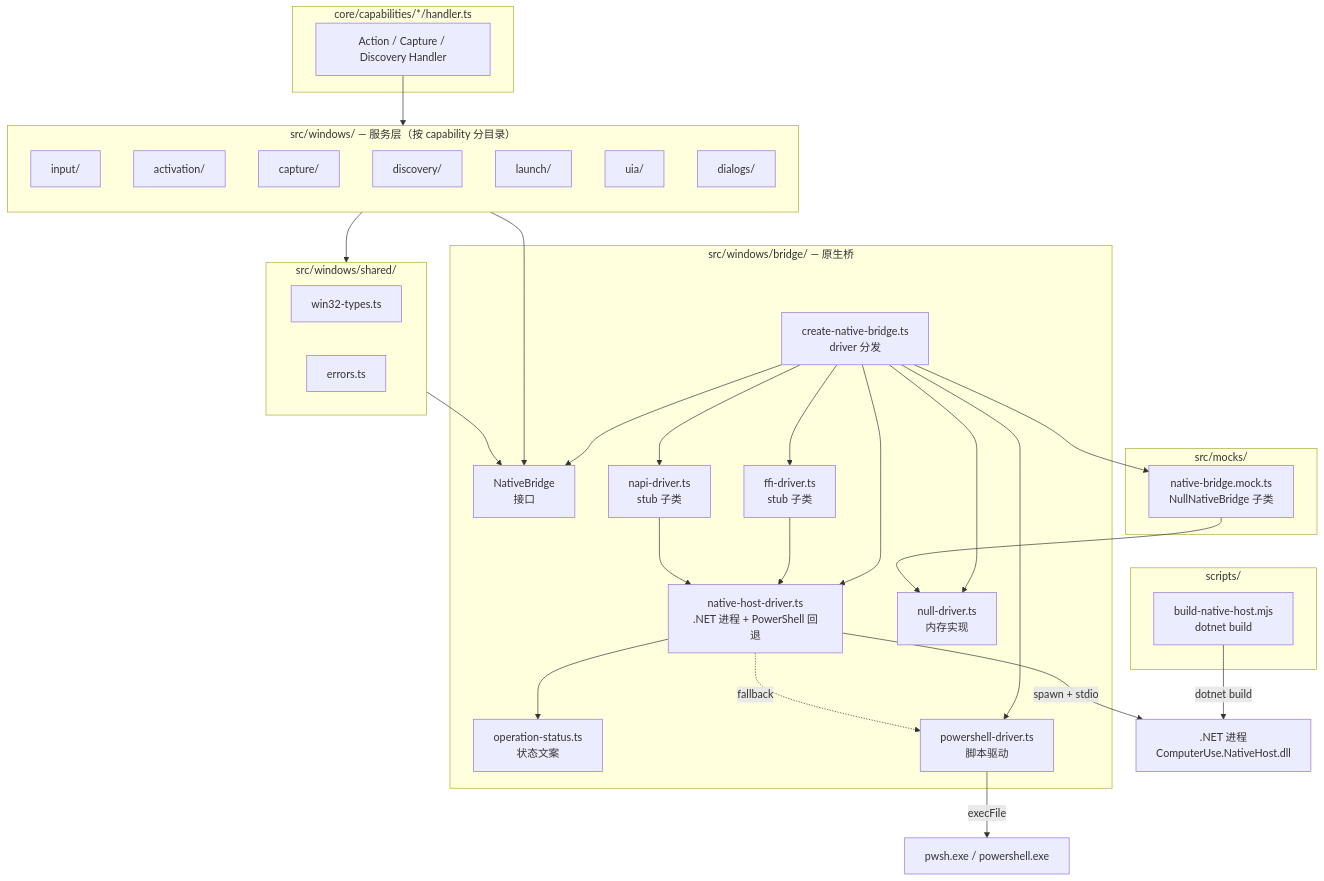
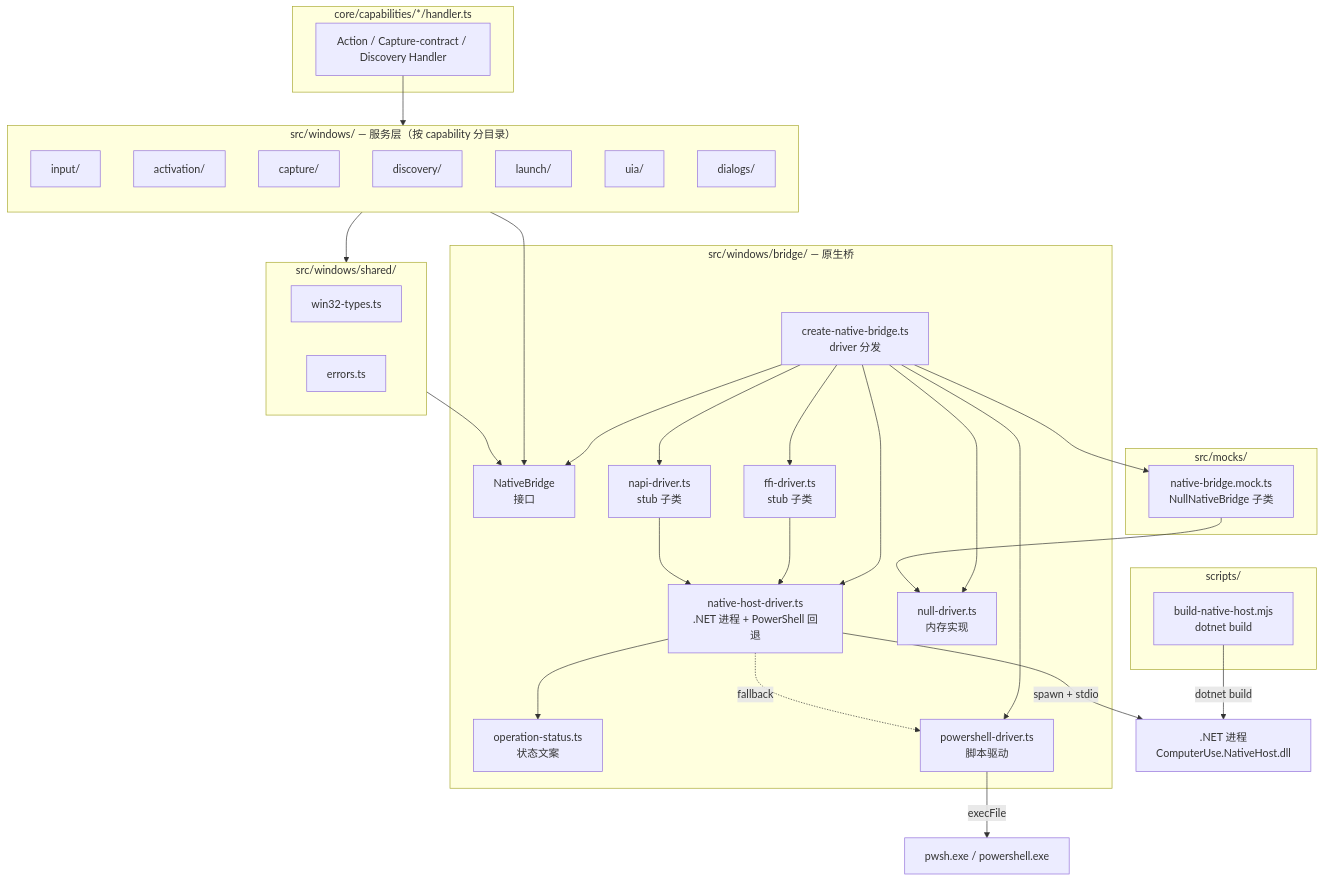
The first of 4 diagrams in repo_learning/windows-services-and-bridge-architecture.md (MrSongP/computer-use), drawn with Mermaid before and after one commit. The commit also changed 22 other files, not shown here.

````diff
--- a/repo_learning/windows-services-and-bridge-architecture.md
+++ b/repo_learning/windows-services-and-bridge-architecture.md
@@ -45,61 +45,61 @@
 ```mermaid
 graph TB
   subgraph Core["core/capabilities/*/handler.ts"]
-    H[Action / Capture / Discovery Handler]
+    H[Action / Capture-contract / Discovery Handler]
   end
 
   subgraph Services["src/windows/ — 服务层（按 capability 分目录）"]
     direction TB
     input[input/]
     activation[activation/]
     capture[capture/]
     discovery[discovery/]
     launch[launch/]
     uia[uia/]
     dialogs[dialogs/]
   end
 
   subgraph Shared["src/windows/shared/"]
     types[win32-types.ts]
     errors[errors.ts]
   end
 
   subgraph Bridge["src/windows/bridge/ — 原生桥"]
     IF[NativeBridge<br/>接口]
     factory[create-native-bridge.ts<br/>driver 分发]
     status[operation-status.ts<br/>状态文案]
     nhd[native-host-driver.ts<br/>.NET 进程 + PowerShell 回退]
     psd[powershell-driver.ts<br/>脚本驱动]
     ffd[ffi-driver.ts<br/>stub 子类]
     npd[napi-driver.ts<br/>stub 子类]
     nul[null-driver.ts<br/>内存实现]
   end
 
   subgraph Mock["src/mocks/"]
     mock[native-bridge.mock.ts<br/>NullNativeBridge 子类]
   end
 
   subgraph Build["scripts/"]
     bld[build-native-host.mjs<br/>dotnet build]
   end
 
   H --> Services
   Services --> IF
   factory --> IF
   factory --> nhd
   factory --> psd
   factory --> ffd
   factory --> npd
   factory --> nul
   factory --> mock
   mock --> nul
   ffd --> nhd
   npd --> nhd
   nhd -->|spawn + stdio| nhost[".NET 进程<br/>ComputerUse.NativeHost.dll"]
   nhd -.fallback.-> psd
   psd -->|execFile| psh["pwsh.exe / powershell.exe"]
   bld -->|dotnet build| nhost
   Services --> Shared
   nhd --> status
   Shared --> IF
 ```
````
